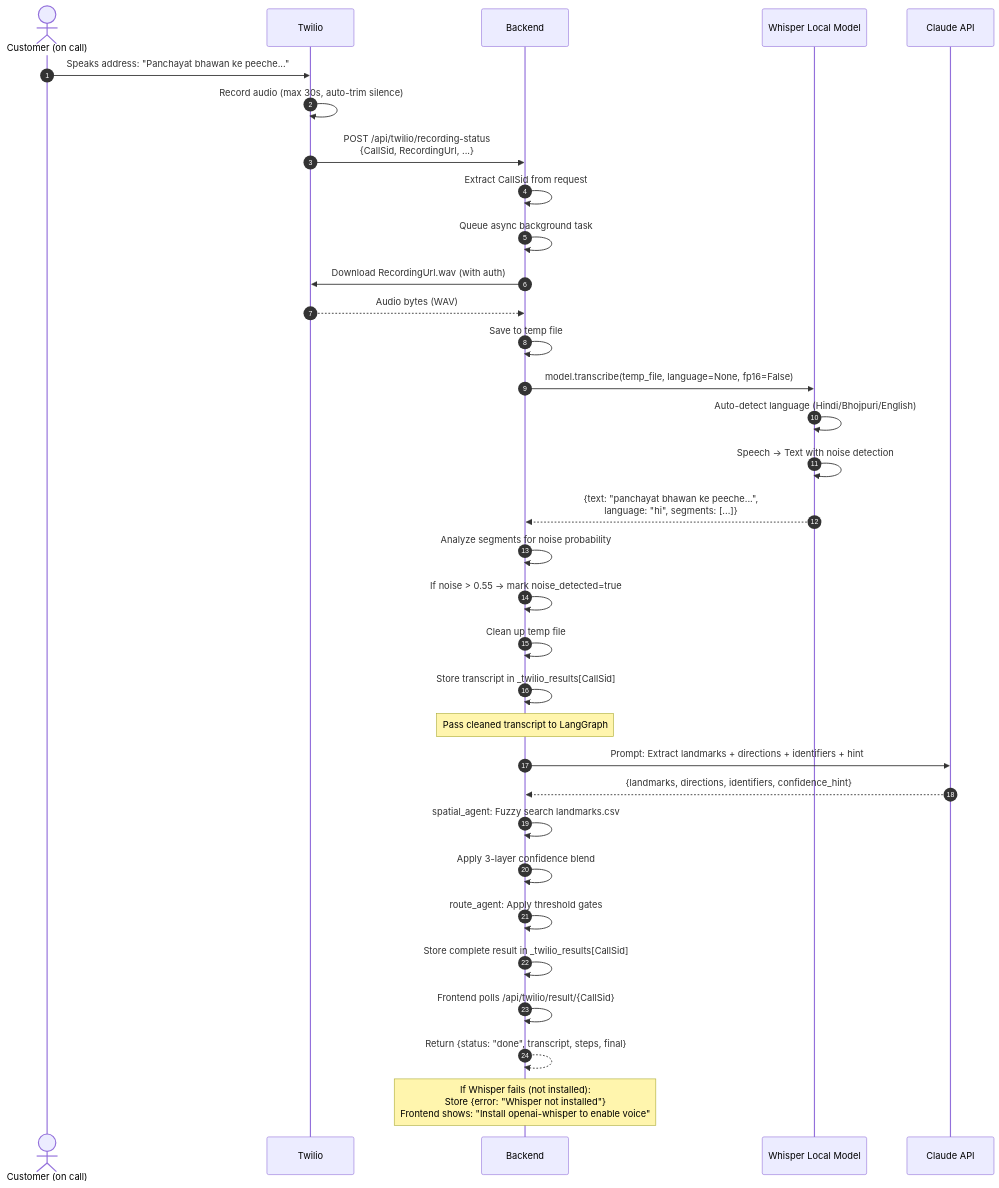
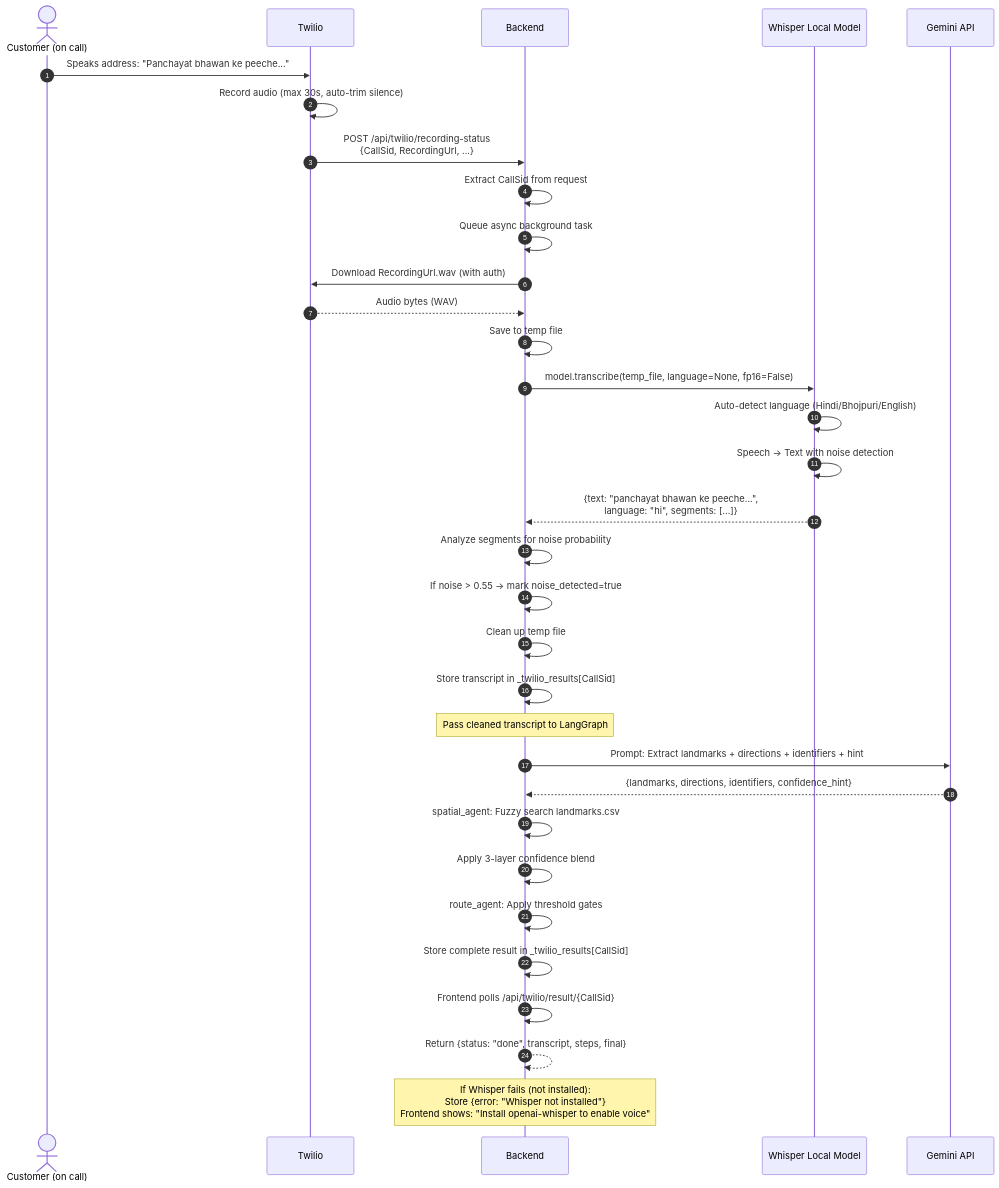
The second of 2 diagrams in README.md (Snehaai/Delivery-Rescue), drawn with Mermaid before and after one commit. The commit also changed other lines of this file and 7 other files, not shown here.

````diff
--- a/README.md
+++ b/README.md
@@ -416,44 +416,44 @@
 ```mermaid
 sequenceDiagram
     autonumber
     actor Speaker as Customer (on call)
     participant Twilio as Twilio
     participant Backend as Backend
     participant Whisper as Whisper Local Model
-    participant LLM as Claude API
+    participant LLM as Gemini API
  
     Speaker->>Twilio: Speaks address: "Panchayat bhawan ke peeche..."
     Twilio->>Twilio: Record audio (max 30s, auto-trim silence)
     Twilio->>Backend: POST /api/twilio/recording-status<br/>{CallSid, RecordingUrl, ...}
     
     Backend->>Backend: Extract CallSid from request
     Backend->>Backend: Queue async background task
     Backend->>Twilio: Download RecordingUrl.wav (with auth)
     Twilio-->>Backend: Audio bytes (WAV)
     
     Backend->>Backend: Save to temp file
     Backend->>Whisper: model.transcribe(temp_file, language=None, fp16=False)
     Whisper->>Whisper: Auto-detect language (Hindi/Bhojpuri/English)
     Whisper->>Whisper: Speech → Text with noise detection
     Whisper-->>Backend: {text: "panchayat bhawan ke peeche...",<br/>language: "hi", segments: [...]}
     
     Backend->>Backend: Analyze segments for noise probability
     Backend->>Backend: If noise > 0.55 → mark noise_detected=true
     
     Backend->>Backend: Clean up temp file
     Backend->>Backend: Store transcript in _twilio_results[CallSid]
     
     Note over Backend: Pass cleaned transcript to LangGraph
     Backend->>LLM: Prompt: Extract landmarks + directions + identifiers + hint
     LLM-->>Backend: {landmarks, directions, identifiers, confidence_hint}
     
     Backend->>Backend: spatial_agent: Fuzzy search landmarks.csv
     Backend->>Backend: Apply 3-layer confidence blend
     Backend->>Backend: route_agent: Apply threshold gates
     
     Backend->>Backend: Store complete result in _twilio_results[CallSid]
     Backend->>Backend: Frontend polls /api/twilio/result/{CallSid}
     Backend-->>Backend: Return {status: "done", transcript, steps, final}
     
     Note over Backend: If Whisper fails (not installed):<br/>Store {error: "Whisper not installed"}<br/>Frontend shows: "Install openai-whisper to enable voice"
 ```
````
